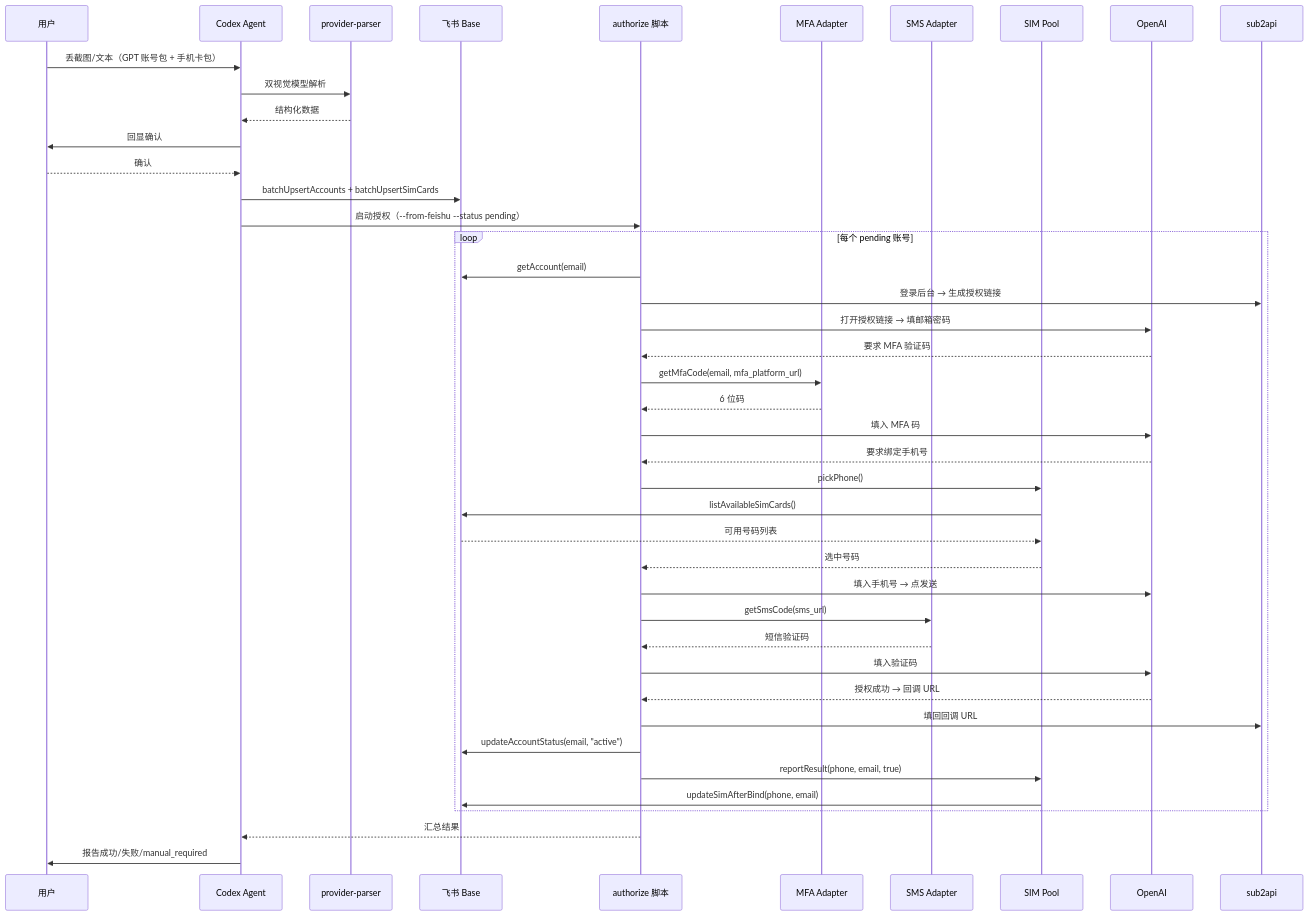
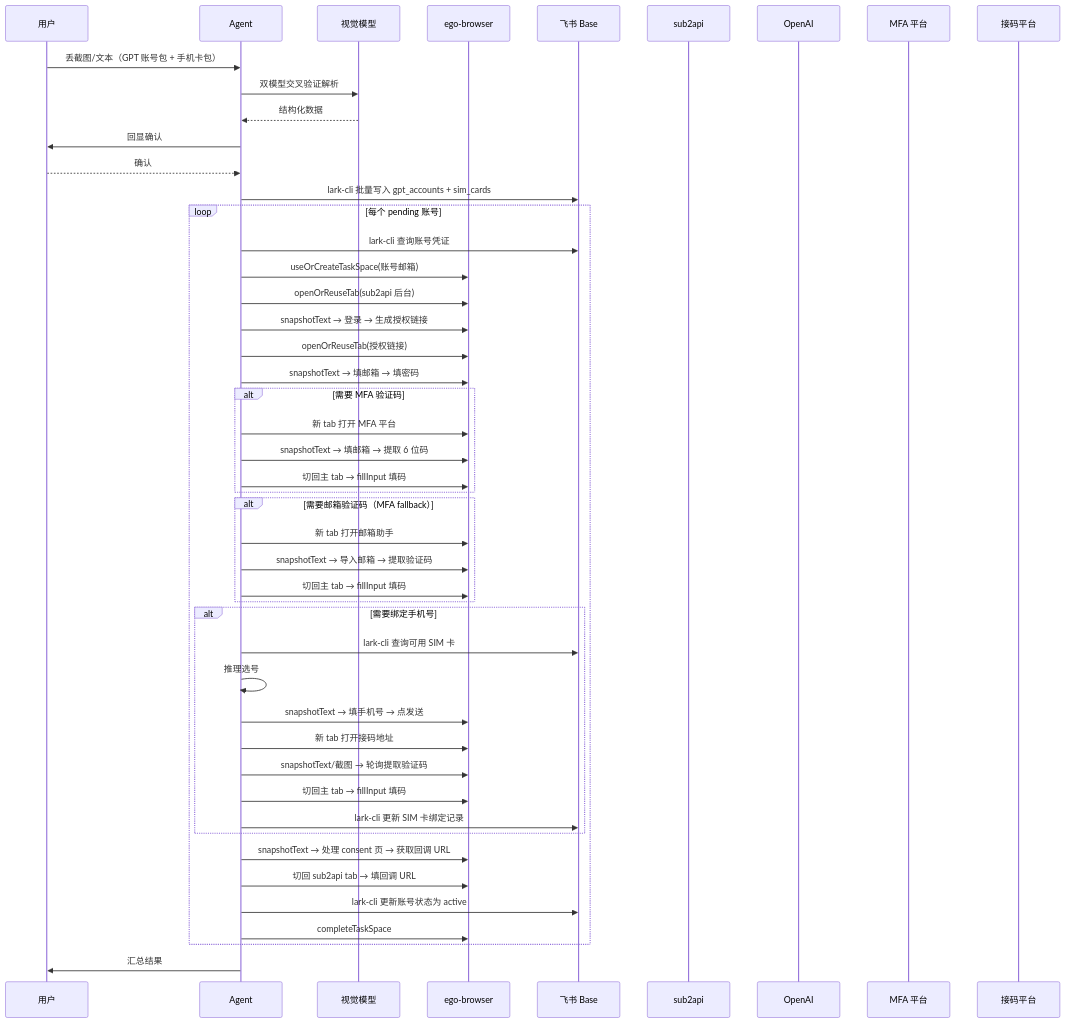
Before and after one commit to kinsolee/agent-skills: the second of 2 diagrams in docs/superpowers/specs/2026-07-28-sub2api-auth-mfa-sim-feishu-design.md, drawn with Mermaid. The commit also changed other lines of this file, not shown here.

Commit message:
docs: revise design to ego-browser + agent playbook architecture

````diff
--- a/docs/superpowers/specs/2026-07-28-sub2api-auth-mfa-sim-feishu-design.md
+++ b/docs/superpowers/specs/2026-07-28-sub2api-auth-mfa-sim-feishu-design.md
@@ -216,48 +235,57 @@
 ```mermaid
 sequenceDiagram
     participant U as 用户
-    participant A as Codex Agent
-    participant P as provider-parser
-    participant F as 飞书 Base
-    participant S as authorize 脚本
-    participant M as MFA Adapter
-    participant SM as SMS Adapter
-    participant SP as SIM Pool
+    participant A as Agent
+    participant VM as 视觉模型
+    participant EB as ego-browser
+    participant FB as 飞书 Base
+    participant S2 as sub2api
     participant O as OpenAI
-    participant S2 as sub2api
+    participant MFA as MFA 平台
+    participant SMS as 接码平台
 
     U->>A: 丢截图/文本（GPT 账号包 + 手机卡包）
-    A->>P: 双视觉模型解析
-    P-->>A: 结构化数据
+    A->>VM: 双模型交叉验证解析
+    VM-->>A: 结构化数据
     A->>U: 回显确认
     U-->>A: 确认
-    A->>F: batchUpsertAccounts + batchUpsertSimCards
-    A->>S: 启动授权（--from-feishu --status pending）
+    A->>FB: lark-cli 批量写入 gpt_accounts + sim_cards
 
     loop 每个 pending 账号
-        S->>F: getAccount(email)
-        S->>S2: 登录后台 → 生成授权链接
-        S->>O: 打开授权链接 → 填邮箱密码
-        O-->>S: 要求 MFA 验证码
-        S->>M: getMfaCode(email, mfa_platform_url)
-        M-->>S: 6 位码
-        S->>O: 填入 MFA 码
-        O-->>S: 要求绑定手机号
-        S->>SP: pickPhone()
-        SP->>F: listAvailableSimCards()
-        F-->>SP: 可用号码列表
-        SP-->>S: 选中号码
-        S->>O: 填入手机号 → 点发送
-        S->>SM: getSmsCode(sms_url)
-        SM-->>S: 短信验证码
-        S->>O: 填入验证码
-        O-->>S: 授权成功 → 回调 URL
-        S->>S2: 填回回调 URL
-        S->>F: updateAccountStatus(email, "active")
-        S->>SP: reportResult(phone, email, true)
-        SP->>F: updateSimAfterBind(phone, email)
+        A->>FB: lark-cli 查询账号凭证
+        A->>EB: useOrCreateTaskSpace(账号邮箱)
+        A->>EB: openOrReuseTab(sub2api 后台)
+        A->>EB: snapshotText → 登录 → 生成授权链接
+        A->>EB: openOrReuseTab(授权链接)
+        A->>EB: snapshotText → 填邮箱 → 填密码
+
+        alt 需要 MFA 验证码
+            A->>EB: 新 tab 打开 MFA 平台
+            A->>EB: snapshotText → 填邮箱 → 提取 6 位码
+            A->>EB: 切回主 tab → fillInput 填码
+        end
+
+        alt 需要邮箱验证码（MFA fallback）
+            A->>EB: 新 tab 打开邮箱助手
+            A->>EB: snapshotText → 导入邮箱 → 提取验证码
+            A->>EB: 切回主 tab → fillInput 填码
+        end
+
+        alt 需要绑定手机号
+            A->>FB: lark-cli 查询可用 SIM 卡
+            A->>A: 推理选号
+            A->>EB: snapshotText → 填手机号 → 点发送
+            A->>EB: 新 tab 打开接码地址
+            A->>EB: snapshotText/截图 → 轮询提取验证码
+            A->>EB: 切回主 tab → fillInput 填码
+            A->>FB: lark-cli 更新 SIM 卡绑定记录
+        end
+
+        A->>EB: snapshotText → 处理 consent 页 → 获取回调 URL
+        A->>EB: 切回 sub2api tab → 填回调 URL
+        A->>FB: lark-cli 更新账号状态为 active
+        A->>EB: completeTaskSpace
     end
 
-    S-->>A: 汇总结果
-    A->>U: 报告成功/失败/manual_required
+    A->>U: 汇总结果
 ```
````
